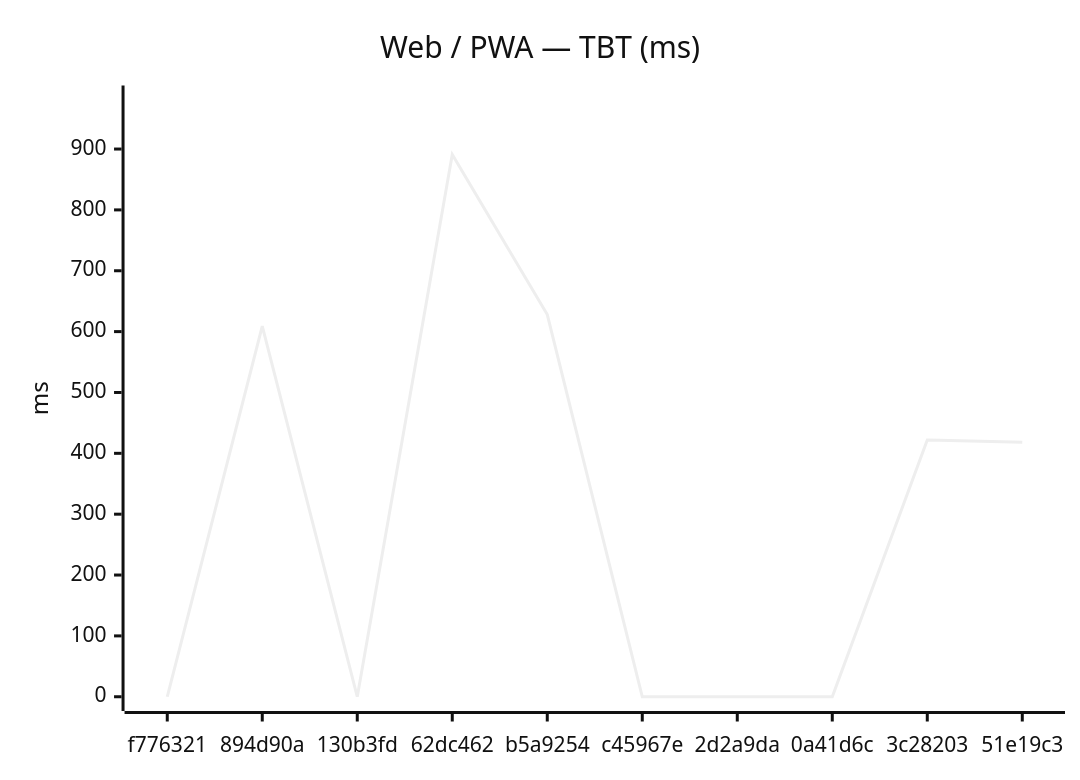
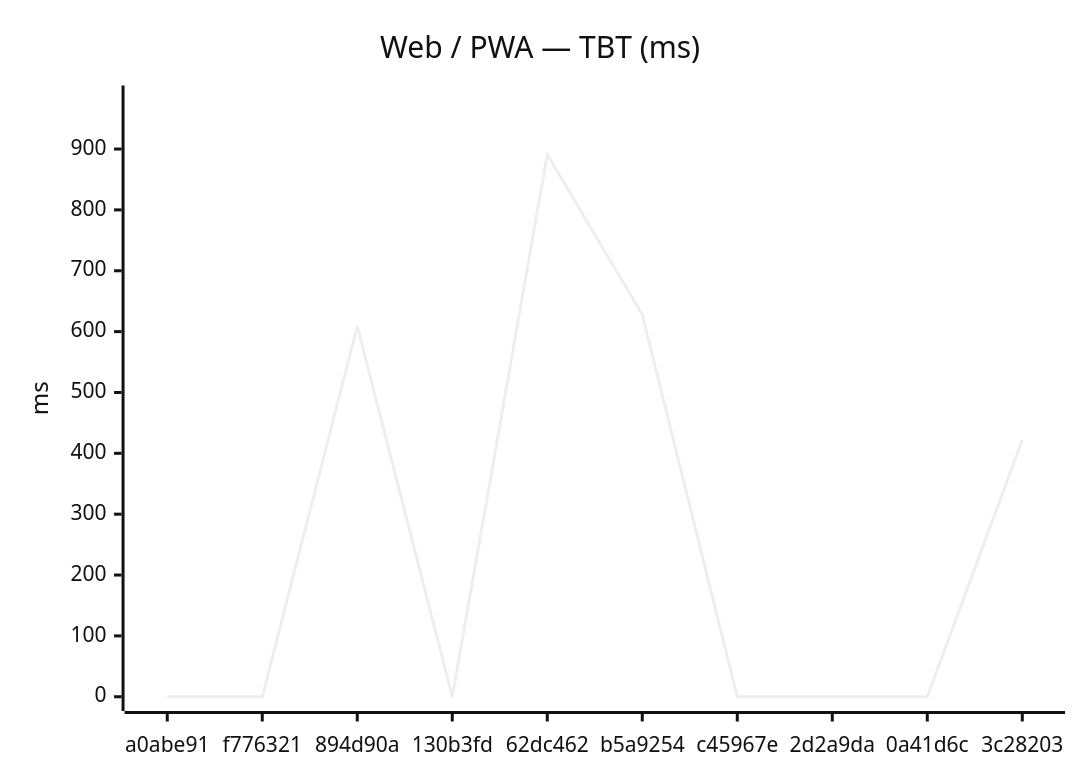
The second of 18 diagrams in benchmarks/compare.md (Metaheurist/Rianell), drawn with Mermaid (neutral theme) before and after one commit. The commit also changed other lines of this file and 11 other files, not shown here.

````diff
--- a/benchmarks/compare.md
+++ b/benchmarks/compare.md
@@ -31,7 +31,7 @@
 ```mermaid
 xychart-beta
     title "Web / PWA — TBT (ms)"
-    x-axis ["f776321", "894d90a", "130b3fd", "62dc462", "b5a9254", "c45967e", "2d2a9da", "0a41d6c", "3c28203", "51e19c3"]
+    x-axis ["a0abe91", "f776321", "894d90a", "130b3fd", "62dc462", "b5a9254", "c45967e", "2d2a9da", "0a41d6c", "3c28203"]
     y-axis "ms" 0 --> 981
-    line [0, 609, 0, 891, 628, 0, 0, 0, 422, 418]
+    line [0, 0, 609, 0, 891, 628, 0, 0, 0, 422]
 ```
````
